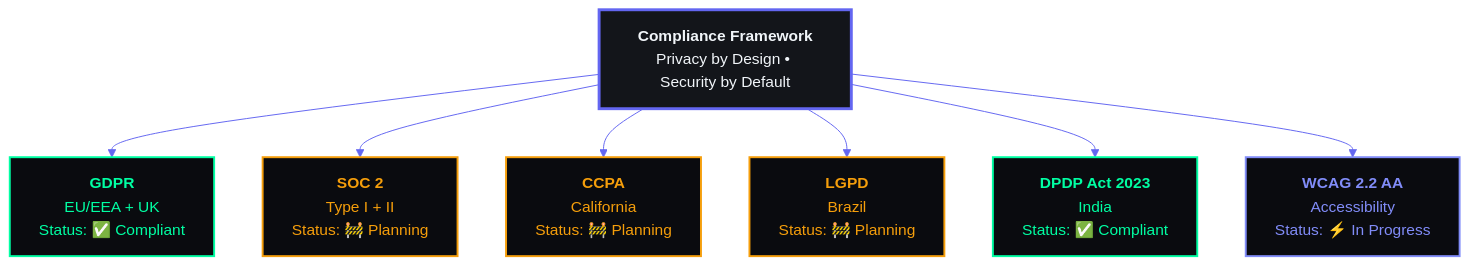
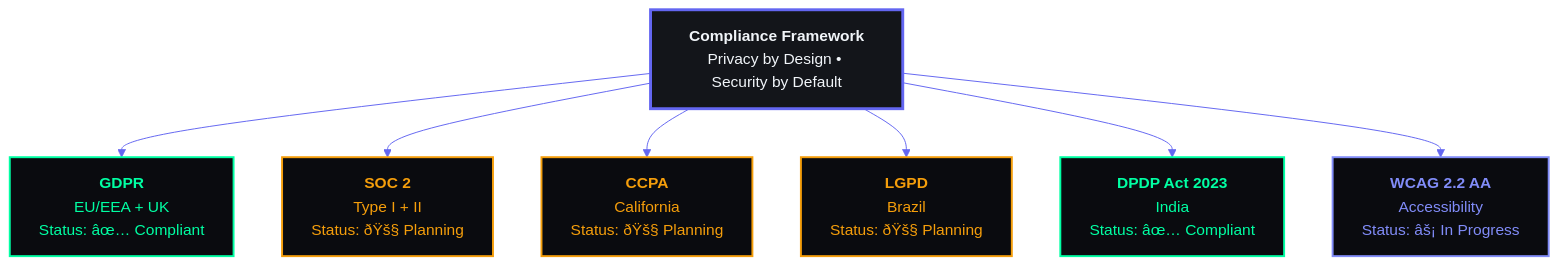
The diagram in docs/security/25_Compliance.md (rohitkumarnaidu/ARIA-OS---SecondBrain-), drawn with Mermaid before and after one commit. The commit also changed other lines of this file and 5 other files, not shown here.

````diff
--- a/docs/security/25_Compliance.md
+++ b/docs/security/25_Compliance.md
@@ -42,15 +42,15 @@
 ```mermaid
 %%{init: {'theme':'base', 'themeVariables': { 'primaryColor': '#13151A', 'primaryTextColor': '#F1F5F9', 'primaryBorderColor': '#6366F1', 'lineColor': '#6366F1', 'secondaryColor': '#0A0B0F', 'tertiaryColor': '#1A1D24', 'clusterBkg': '#13151A', 'clusterBorder': '#334155', 'nodeBorder': '#6366F1', 'nodeTextColor': '#F1F5F9', 'edgeLabelBackground': '#13151A', 'edgeLabelColor': '#94A3B8'}}}%%
 graph TD
-    A["<b>Compliance Framework</b><br/>Privacy by Design &bull; Security by Default"]:::primary --> B["<b>GDPR</b><br/>EU/EEA + UK<br/>Status: ✅ Compliant"]:::accent
-    A --> C["<b>SOC 2</b><br/>Type I + II<br/>Status: 🚧 Planning"]:::warning
-    A --> D["<b>CCPA</b><br/>California<br/>Status: 🚧 Planning"]:::warning
-    A --> E["<b>LGPD</b><br/>Brazil<br/>Status: 🚧 Planning"]:::warning
-    A --> F["<b>DPDP Act 2023</b><br/>India<br/>Status: ✅ Compliant"]:::accent
-    A --> G["<b>WCAG 2.2 AA</b><br/>Accessibility<br/>Status: ⚡ In Progress"]:::secondary
+    A["<b>Compliance Framework</b><br/>Privacy by Design &bull; Security by Default"]:::primary --> B["<b>GDPR</b><br/>EU/EEA + UK<br/>Status: âœ… Compliant"]:::accent
+    A --> C["<b>SOC 2</b><br/>Type I + II<br/>Status: ðŸš§ Planning"]:::warning
+    A --> D["<b>CCPA</b><br/>California<br/>Status: ðŸš§ Planning"]:::warning
+    A --> E["<b>LGPD</b><br/>Brazil<br/>Status: ðŸš§ Planning"]:::warning
+    A --> F["<b>DPDP Act 2023</b><br/>India<br/>Status: âœ… Compliant"]:::accent
+    A --> G["<b>WCAG 2.2 AA</b><br/>Accessibility<br/>Status: âš¡ In Progress"]:::secondary
 
     classDef primary fill:#13151A,stroke:#6366F1,stroke-width:3px,color:#F1F5F9
     classDef accent fill:#0A0B0F,stroke:#00FFA3,stroke-width:2px,color:#00FFA3
     classDef secondary fill:#0A0B0F,stroke:#818CF8,stroke-width:2px,color:#818CF8
     classDef warning fill:#0A0B0F,stroke:#F59E0B,stroke-width:2px,color:#F59E0B
 ```
````
